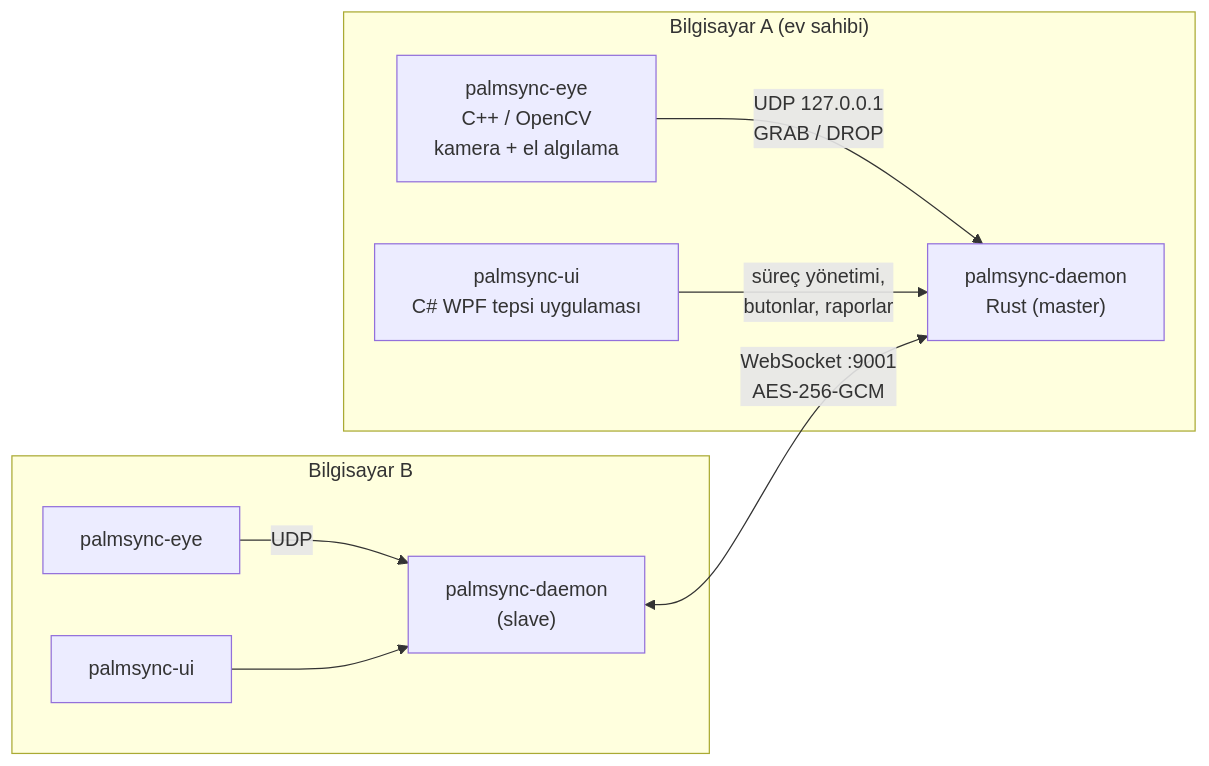
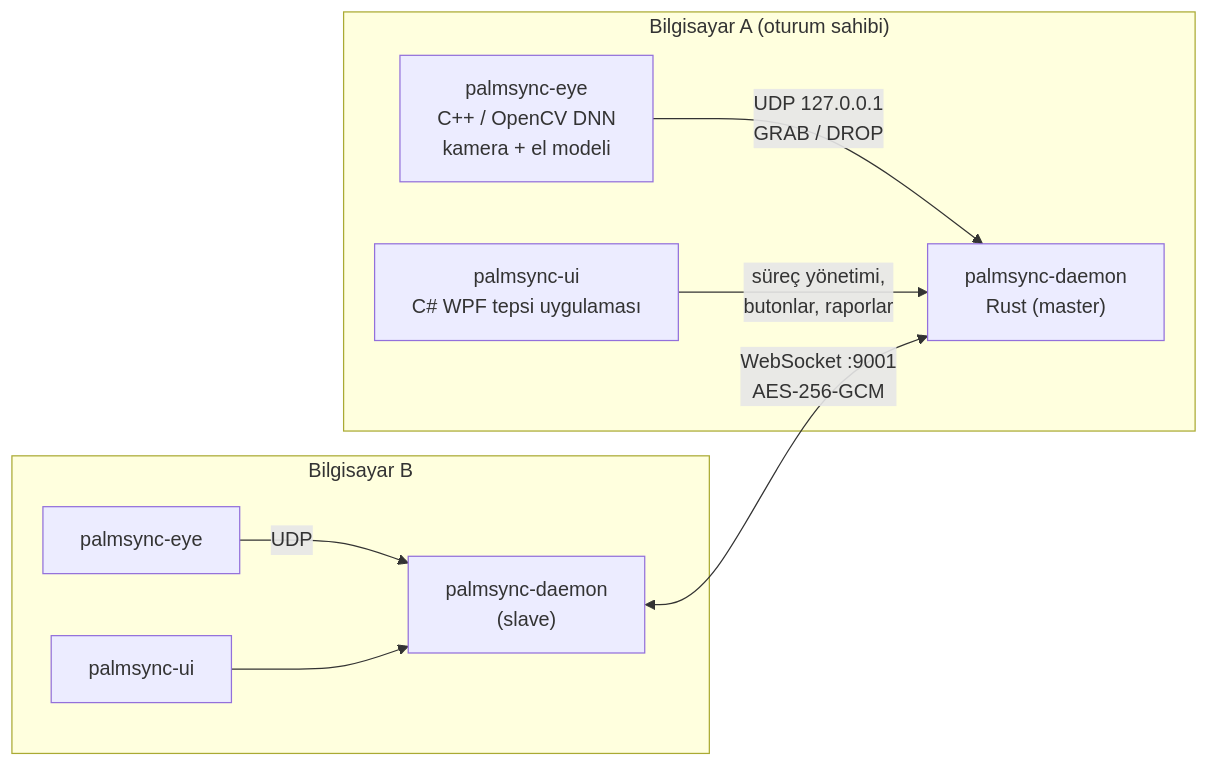
The diagram in README.md (SerdarK44/PalmSync-Gesture-Based-Context-Transfer-Between-Devices), drawn with Mermaid before and after one commit. The commit also changed other lines of this file and 8 other files, not shown here.

First line of the commit message:
docs: Apache-2.0 license, rewritten README, 1.0 roadmap

````diff
--- a/README.md
+++ b/README.md
@@ -72,12 +113,12 @@
 ```mermaid
 flowchart LR
-    subgraph A["Bilgisayar A (ev sahibi)"]
-        EA["palmsync-eye<br/>C++ / OpenCV<br/>kamera + el algılama"] -- "UDP 127.0.0.1<br/>GRAB / DROP" --> BA["palmsync-daemon<br/>Rust (master)"]
+    subgraph A["Bilgisayar A (oturum sahibi)"]
+        EA["palmsync-eye<br/>C++ / OpenCV DNN<br/>kamera + el modeli"] -- "UDP 127.0.0.1<br/>GRAB / DROP" --> BA["palmsync-daemon<br/>Rust (master)"]
         UA["palmsync-ui<br/>C# WPF tepsi uygulaması"] -- "süreç yönetimi,<br/>butonlar, raporlar" --> BA
     end
     subgraph B["Bilgisayar B"]
         EB["palmsync-eye"] -- UDP --> BB["palmsync-daemon<br/>(slave)"]
         UB["palmsync-ui"] --> BB
     end
     BB <-- "WebSocket :9001<br/>AES-256-GCM" --> BA
 ```
````
